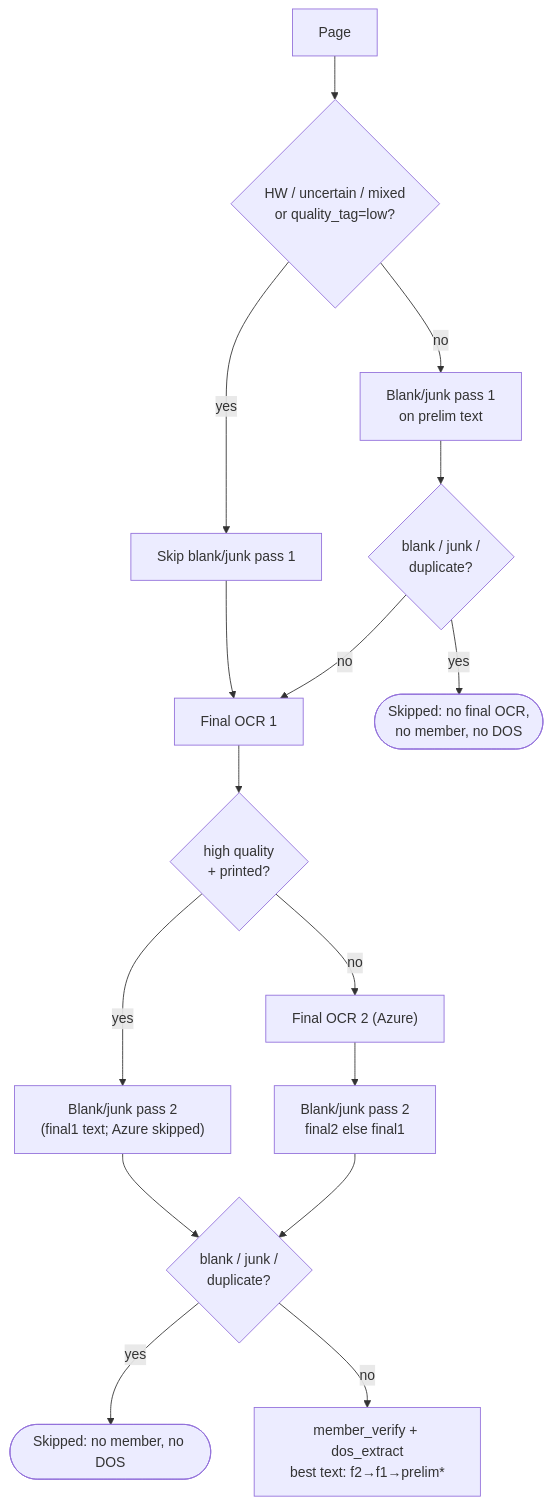
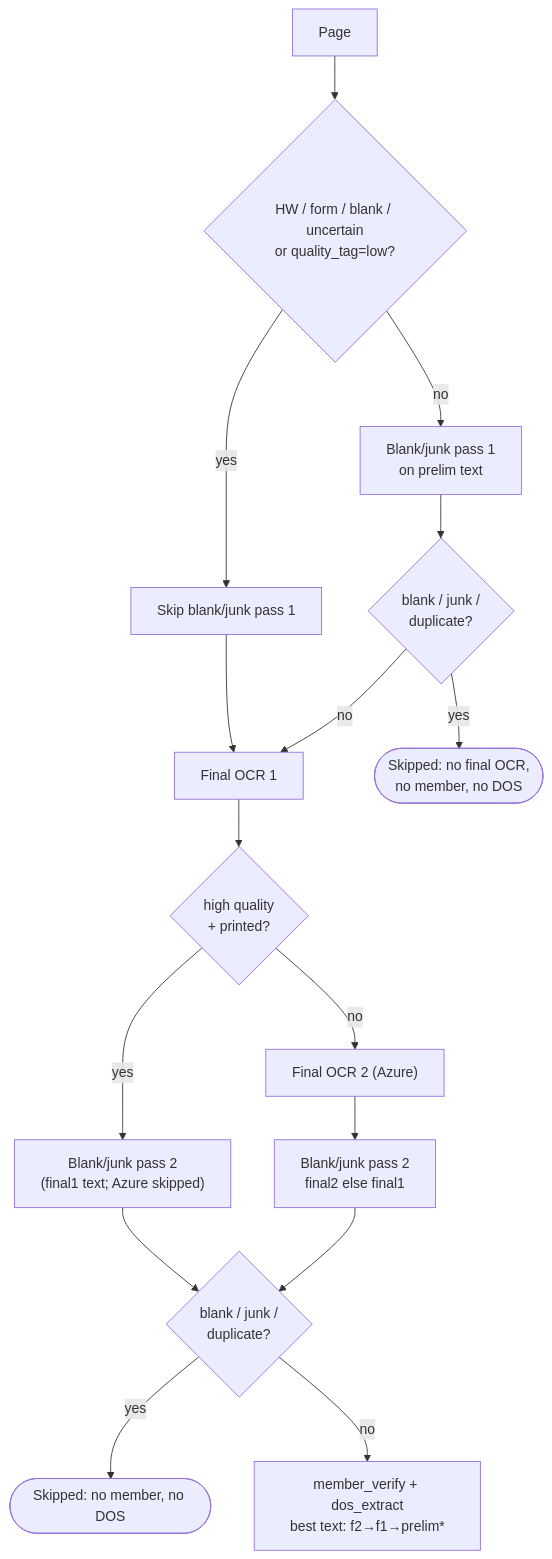
Before and after one commit to abhinavdg-ever/model-repo: the third of 7 diagrams in docs/FLOW.md, drawn with Mermaid. The commit also changed other lines of this file and 33 other files, not shown here.

First line of the commit message:
Decide on page type, check orientation and mirror by reading the page, and support the page-tag handwriting model.

````diff
--- a/docs/FLOW.md
+++ b/docs/FLOW.md
@@ -115,20 +115,20 @@
 ```mermaid
 flowchart TD
-  P["Page"] --> Q{"HW / uncertain / mixed<br/>or quality_tag=low?"}
+  P["Page"] --> Q{"HW / form / blank / uncertain<br/>or quality_tag=low?"}
   Q -- yes --> HW["Skip blank/junk pass 1"]
   Q -- no --> BJ1["Blank/junk pass 1<br/>on prelim text"]
 
   HW --> F1["Final OCR 1"]
   BJ1 --> D{"blank / junk /<br/>duplicate?"}
   D -- yes --> STOP1(["Skipped: no final OCR,<br/>no member, no DOS"])
   D -- no --> F1
 
   F1 --> HQ{"high quality<br/>+ printed?"}
   HQ -- yes --> BJ2["Blank/junk pass 2<br/>(final1 text; Azure skipped)"]
   HQ -- no --> F2["Final OCR 2 (Azure)"]
   F2 --> BJ2b["Blank/junk pass 2<br/>final2 else final1"]
   BJ2 --> D2{"blank / junk /<br/>duplicate?"}
   BJ2b --> D2
   D2 -- yes --> STOP2(["Skipped: no member, no DOS"])
   D2 -- no --> EXTRACT["member_verify + dos_extract<br/>best text: f2→f1→prelim*"]
 ```
````
